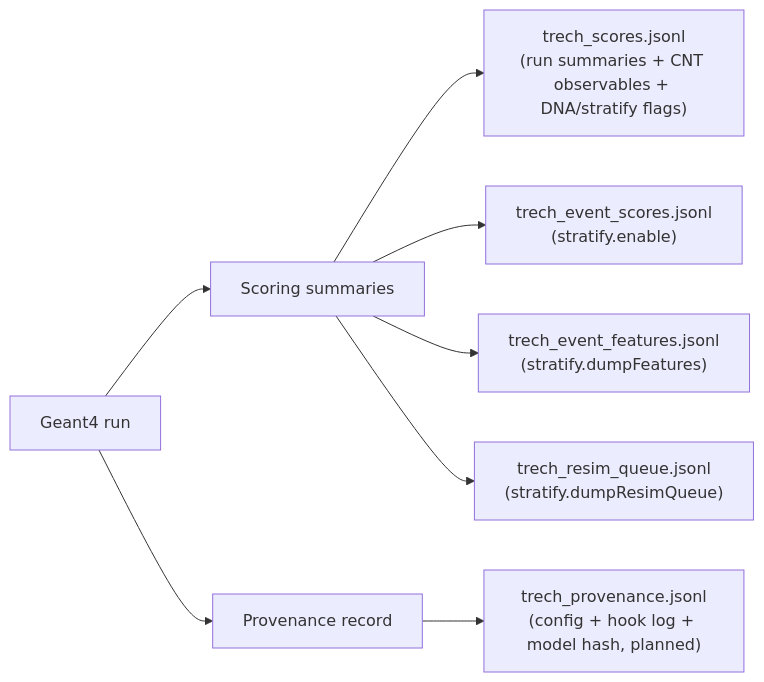
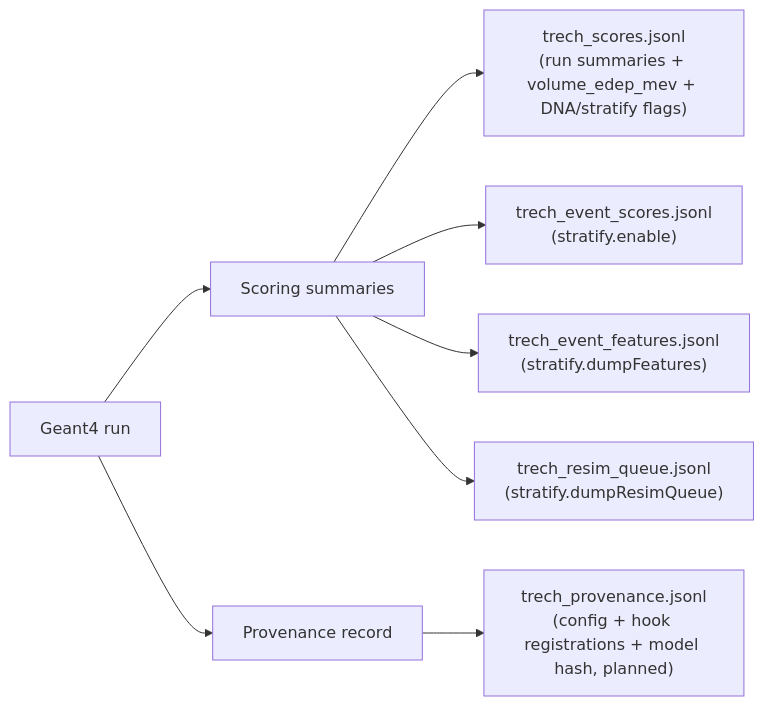
Before and after one commit to Geckos-Ink/trech: the fourth of 8 diagrams in CHARTS.md, drawn with Mermaid. The commit also changed other lines of this file and 32 other files, not shown here.

````diff
--- a/CHARTS.md
+++ b/CHARTS.md
@@ -91,10 +91,10 @@
 ```mermaid
 flowchart LR
   RUN["Geant4 run"] --> SCORING["Scoring summaries"]
   RUN --> PROV["Provenance record"]
-  SCORING --> S1["trech_scores.jsonl\n(run summaries + CNT observables + DNA/stratify flags)"]
+  SCORING --> S1["trech_scores.jsonl\n(run summaries + volume_edep_mev + DNA/stratify flags)"]
   SCORING --> S2["trech_event_scores.jsonl\n(stratify.enable)"]
   SCORING --> S3["trech_event_features.jsonl\n(stratify.dumpFeatures)"]
   SCORING --> S4["trech_resim_queue.jsonl\n(stratify.dumpResimQueue)"]
-  PROV --> P1["trech_provenance.jsonl\n(config + hook log + model hash, planned)"]
+  PROV --> P1["trech_provenance.jsonl\n(config + hook registrations + model hash, planned)"]
 ```
````
